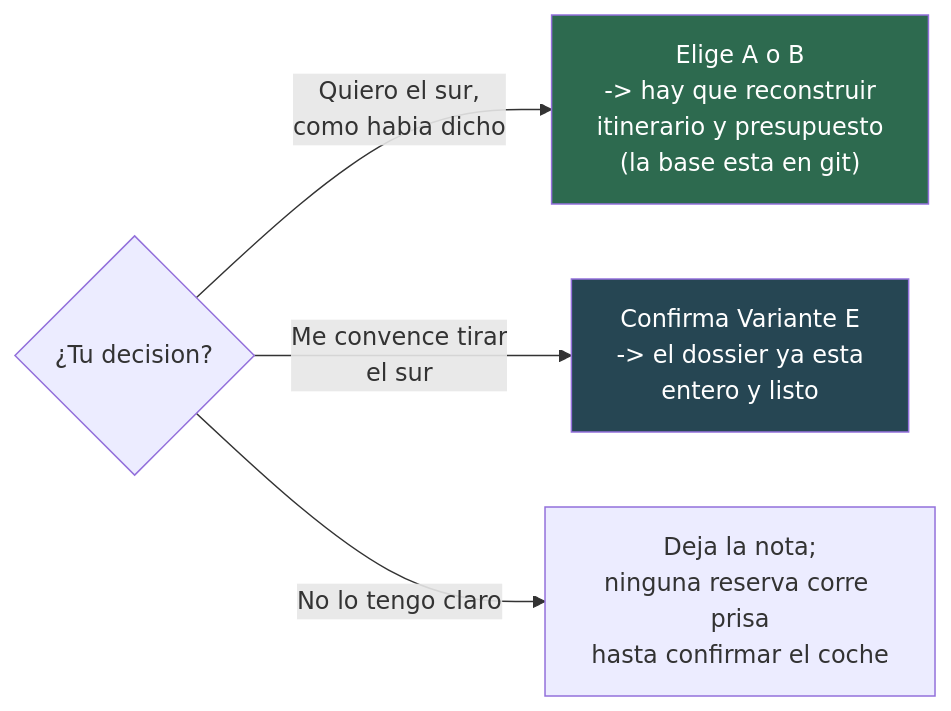
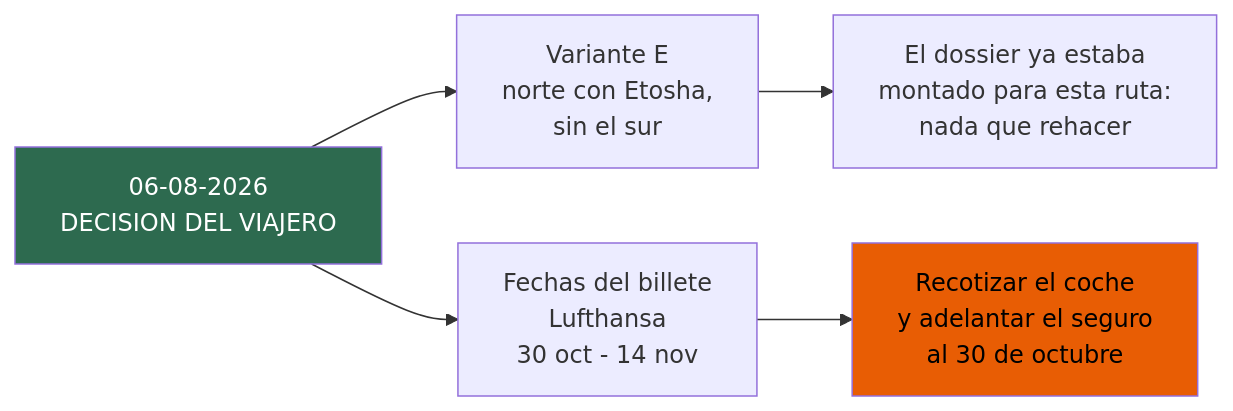
The third of 3 diagrams in 16-punto-de-decision.md (morandeirachema/namibia), drawn with Mermaid before and after one commit. The commit also changed other lines of this file and 7 other files, not shown here.

First line of the commit message:
Ruta y fechas CONFIRMADAS, y el README pasa a ser el estado vivo del viaje

````diff
--- a/16-punto-de-decision.md
+++ b/16-punto-de-decision.md
@@ -158,9 +160,9 @@
 ```mermaid
 flowchart LR
-    D{"¿Tu decision?"}
-    D -->|"Quiero el sur,<br/>como habia dicho"| G1["Elige A o B<br/>-> hay que reconstruir<br/>itinerario y presupuesto<br/>(la base esta en git)"]
-    D -->|"Me convence tirar<br/>el sur"| G2["Confirma Variante E<br/>-> el dossier ya esta<br/>entero y listo"]
-    D -->|"No lo tengo claro"| G3["Deja la nota;<br/>ninguna reserva corre prisa<br/>hasta confirmar el coche"]
-    style G1 fill:#2d6a4f,color:#fff
-    style G2 fill:#264653,color:#fff
+    D["06-08-2026<br/>DECISION DEL VIAJERO"] --> R["Variante E<br/>norte con Etosha,<br/>sin el sur"]
+    D --> F["Fechas del billete<br/>Lufthansa<br/>30 oct - 14 nov"]
+    R --> L["El dossier ya estaba<br/>montado para esta ruta:<br/>nada que rehacer"]
+    F --> C["Recotizar el coche<br/>y adelantar el seguro<br/>al 30 de octubre"]
+    style D fill:#2d6a4f,color:#fff
+    style C fill:#e85d04,color:#000
 ```
````
